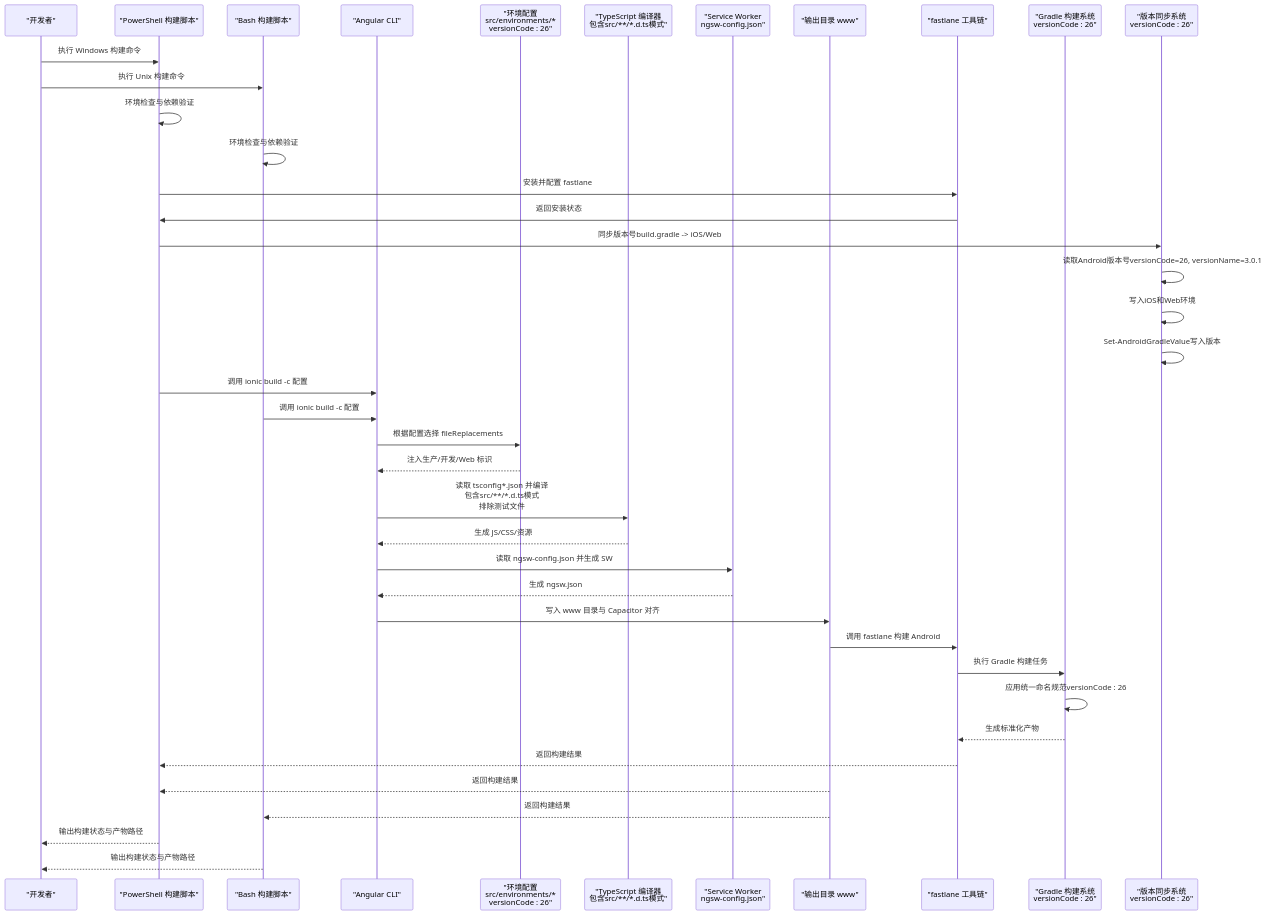
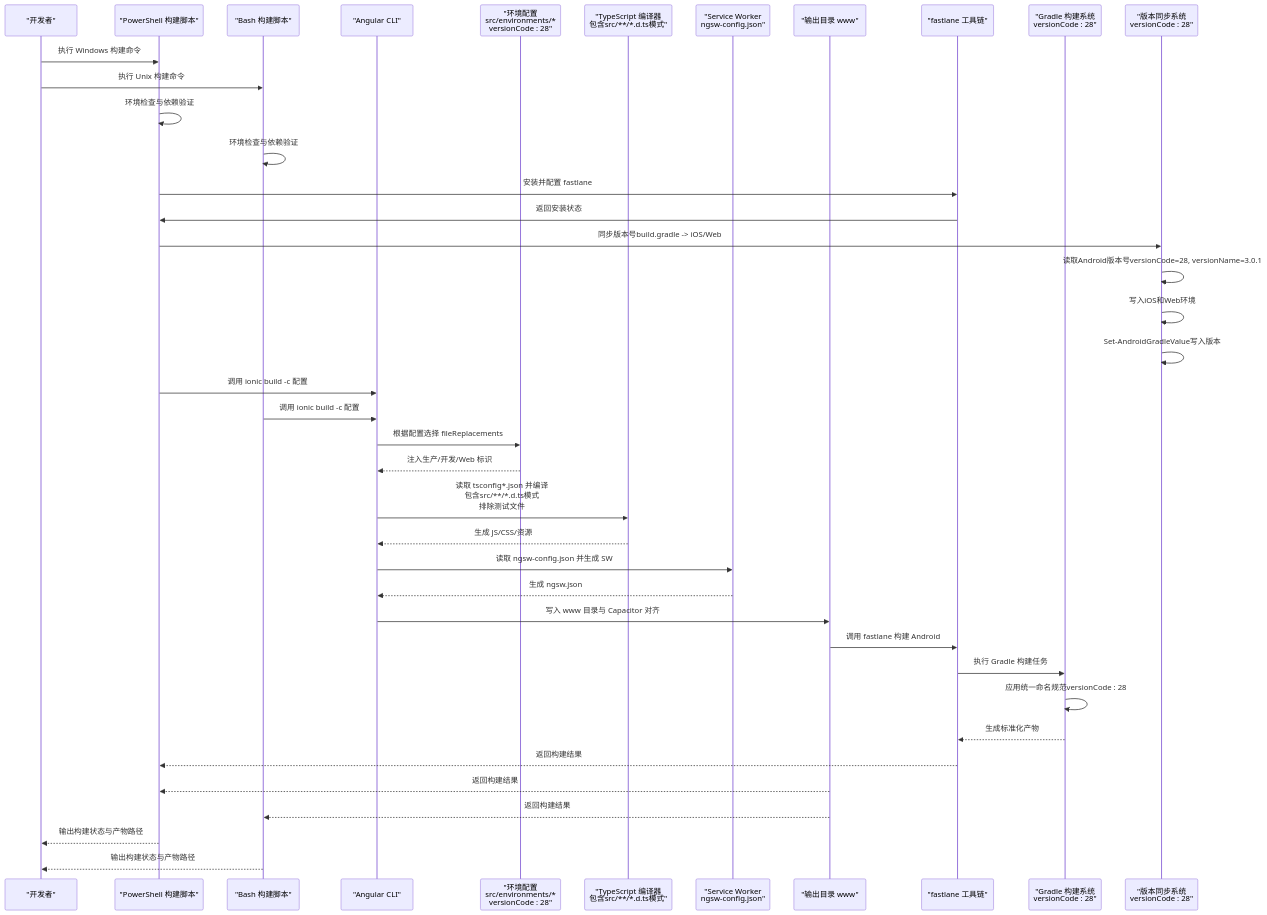
Before and after one commit to tea4go/Macro-Deck-Client-App: the second of 6 diagrams in .qoder/repowiki/zh/content/构建与部署/构建配置.md, drawn with Mermaid. The commit also changed other lines of this file and 42 other files, not shown here.

````diff
--- a/.qoder/repowiki/zh/content/构建与部署/构建配置.md
+++ b/.qoder/repowiki/zh/content/构建与部署/构建配置.md
@@ -194,42 +194,42 @@
 ```mermaid
 sequenceDiagram
 participant Dev as "开发者"
 participant WinPS as "PowerShell 构建脚本"
 participant UnixSh as "Bash 构建脚本"
 participant CLI as "Angular CLI"
-participant Env as "环境配置<br/>src/environments/*<br/>versionCode : 26"
+participant Env as "环境配置<br/>src/environments/*<br/>versionCode : 28"
 participant TS as "TypeScript 编译器<br/>包含src/**/*.d.ts模式"
 participant SW as "Service Worker<br/>ngsw-config.json"
 participant Out as "输出目录 www"
 participant Fastlane as "fastlane 工具链"
-participant Gradle as "Gradle 构建系统<br/>versionCode : 26"
-participant VersionSync as "版本同步系统<br/>versionCode : 26"
+participant Gradle as "Gradle 构建系统<br/>versionCode : 28"
+participant VersionSync as "版本同步系统<br/>versionCode : 28"
 Dev->>WinPS : 执行 Windows 构建命令
 Dev->>UnixSh : 执行 Unix 构建命令
 WinPS->>WinPS : 环境检查与依赖验证
 UnixSh->>UnixSh : 环境检查与依赖验证
 WinPS->>Fastlane : 安装并配置 fastlane
 Fastlane->>WinPS : 返回安装状态
 WinPS->>VersionSync : 同步版本号build.gradle -> iOS/Web
-VersionSync->>VersionSync : 读取Android版本号versionCode=26, versionName=3.0.1
+VersionSync->>VersionSync : 读取Android版本号versionCode=28, versionName=3.0.1
 VersionSync->>VersionSync : 写入iOS和Web环境
 VersionSync->>VersionSync : Set-AndroidGradleValue写入版本
 WinPS->>CLI : 调用 ionic build -c 配置
 UnixSh->>CLI : 调用 ionic build -c 配置
 CLI->>Env : 根据配置选择 fileReplacements
 Env-->>CLI : 注入生产/开发/Web 标识
 CLI->>TS : 读取 tsconfig*.json 并编译<br/>包含src/**/*.d.ts模式<br/>排除测试文件
 TS-->>CLI : 生成 JS/CSS/资源
 CLI->>SW : 读取 ngsw-config.json 并生成 SW
 SW-->>CLI : 生成 ngsw.json
 CLI->>Out : 写入 www 目录与 Capacitor 对齐
 Out->>Fastlane : 调用 fastlane 构建 Android
 Fastlane->>Gradle : 执行 Gradle 构建任务
-Gradle->>Gradle : 应用统一命名规范versionCode : 26
+Gradle->>Gradle : 应用统一命名规范versionCode : 28
 Gradle-->>Fastlane : 生成标准化产物
 Fastlane-->>WinPS : 返回构建结果
 Out-->>WinPS : 返回构建结果
 Out-->>UnixSh : 返回构建结果
 WinPS-->>Dev : 输出构建状态与产物路径
 UnixSh-->>Dev : 输出构建状态与产物路径
 ```
````
